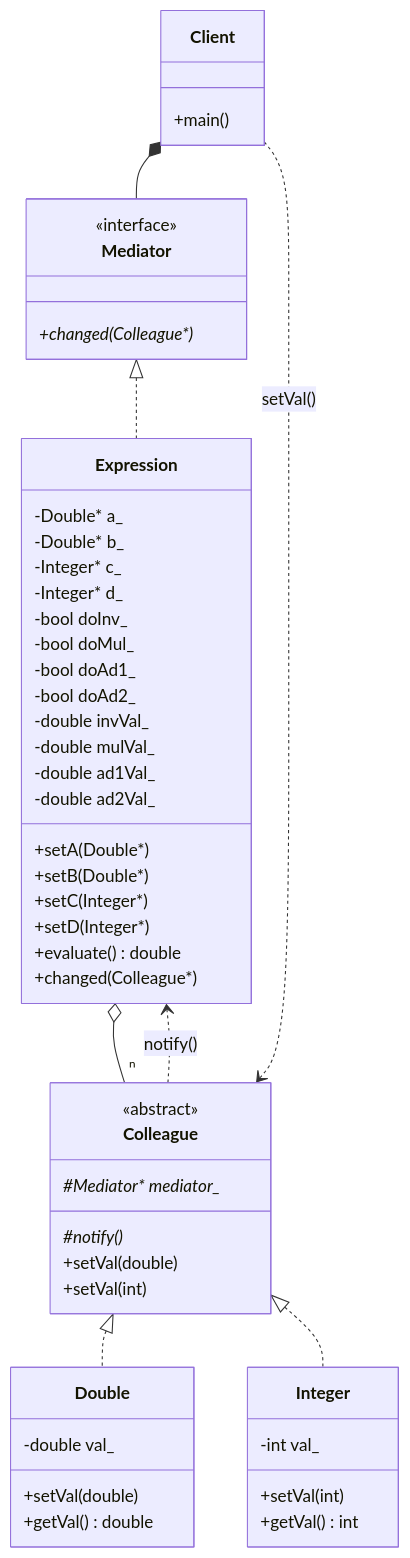
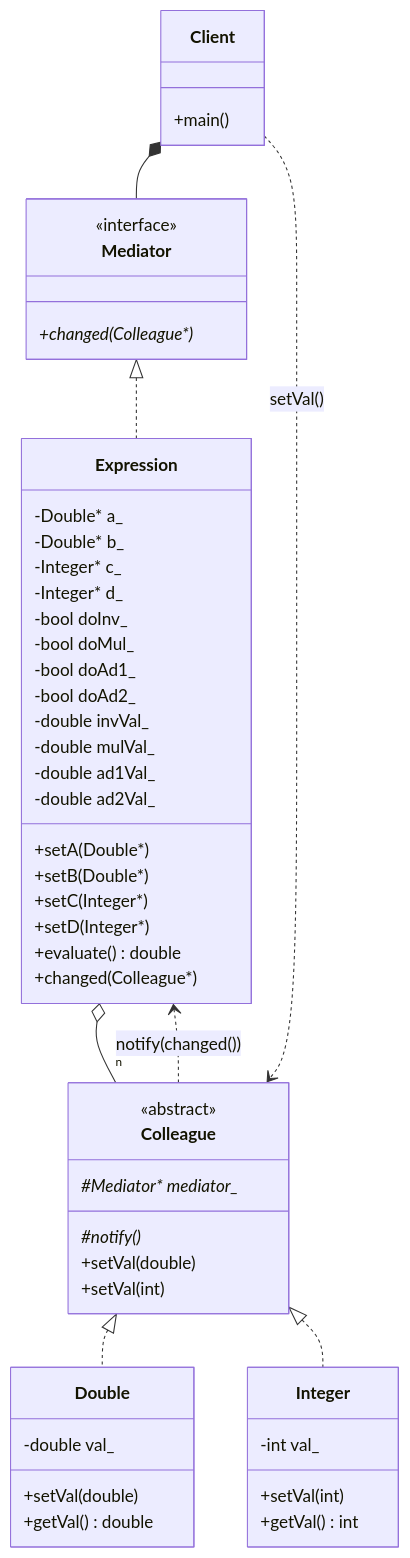
The diagram in 22_Mediator/diagram.md (Cichlidfishexigency721/Modern-CPP-Design-Patterns), drawn with Mermaid before and after one commit.

Commit message:
Improvement in UML

````diff
--- a/22_Mediator/diagram.md
+++ b/22_Mediator/diagram.md
@@ -3,74 +3,67 @@
 ```mermaid
 classDiagram
    class Mediator {
       <<interface>>
       +changed(Colleague*)*
    }
 
    class Colleague {
       <<abstract>>
       #Mediator* mediator_*
       #notify()*
       +setVal(double)
       +setVal(int)
    }
 
    class Double {
       -double val_
       +setVal(double)
       +getVal() double
    }
 
    class Integer {
       -int val_
       +setVal(int)
       +getVal() int
    }
 
    class Expression {
       -Double* a_
       -Double* b_
       -Integer* c_
       -Integer* d_
       -bool doInv_
       -bool doMul_
       -bool doAd1_
       -bool doAd2_
       -double invVal_
       -double mulVal_
       -double ad1Val_
       -double ad2Val_
       +setA(Double*)
       +setB(Double*)
       +setC(Integer*)
       +setD(Integer*)
       +evaluate() double
       +changed(Colleague*)
    }
 
    class Client {
       +main()
    }
 
    %% Notify
-   %%Double ..> Expression : notify()
-   %%Integer ..> Expression : notify()
-   Colleague ..> Expression : notify()
+   Colleague ..> Expression : notify(changed())
 
    %% Inheritance (Implements)
    Mediator <|.. Expression
    Colleague <|.. Double
    Colleague <|.. Integer
 
    %% Composition (Has_a)
-   %%Colleague o-- Mediator : mediator_
    Expression o-- "n" Colleague
-   %%Expression *-- "2" Double : a_,b_
-   %%Expression *-- "2" Integer : c_,d_
 
    %% Composition (Has a)
    Client *-- Mediator
-   %%Client ..> Double : setVal()
-   %%Client ..> Integer : setVal()
    Client ..> Colleague : setVal()
 ```
````
